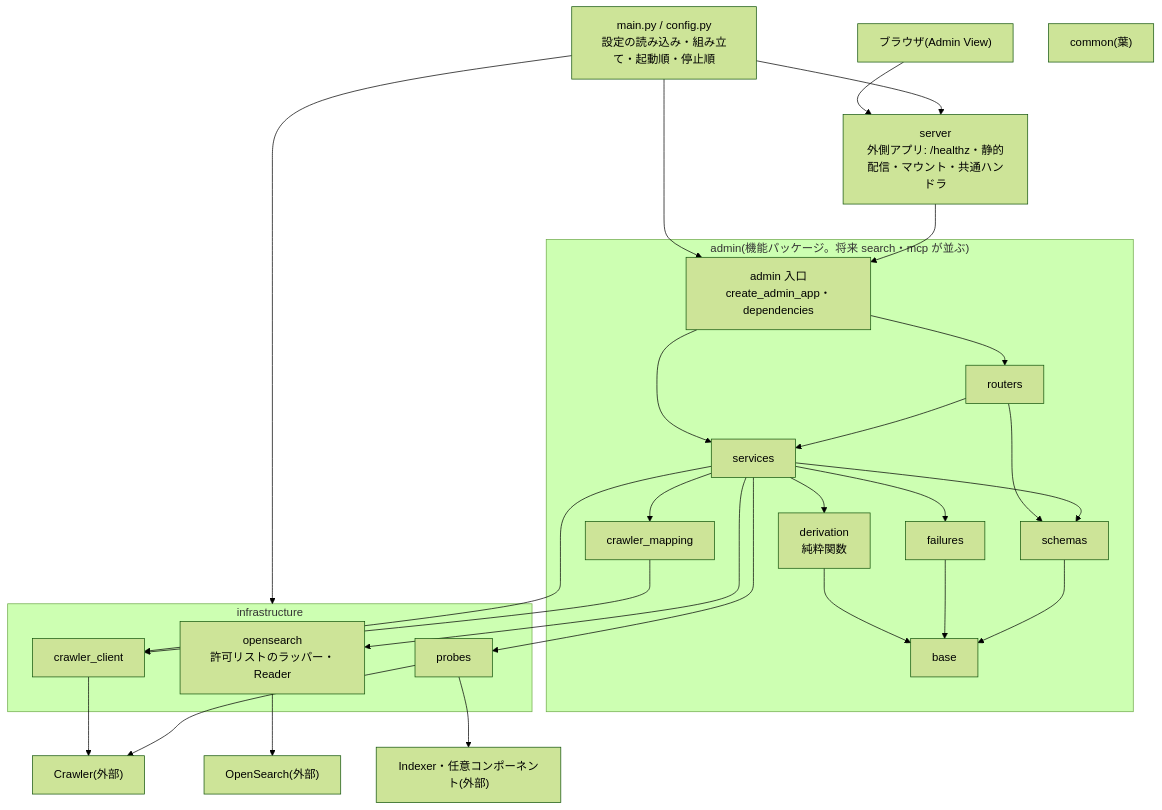
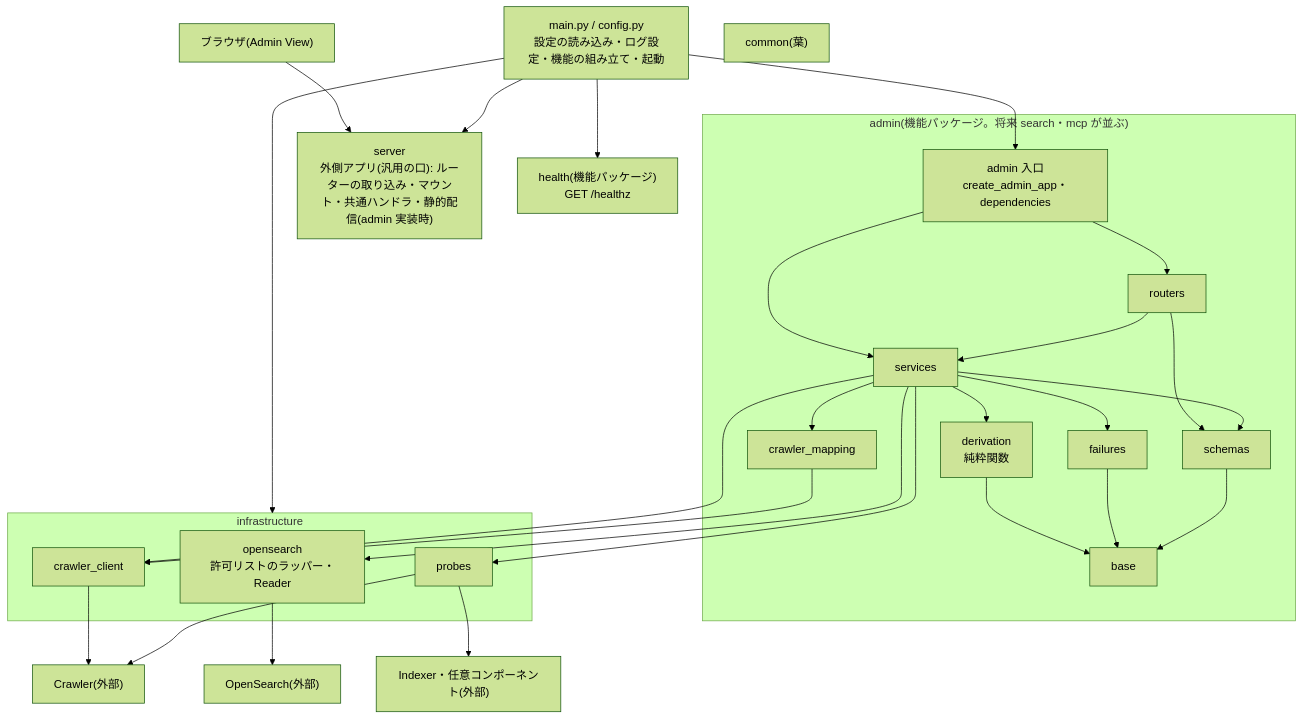
Before and after one commit to yfujita/loreley: the first of 10 diagrams in docs/v0.x/system-design/api/admin/admin-api-module-structure-v0.1.md, drawn with Mermaid (forest theme). The commit also changed other lines of this file and 12 other files, not shown here.

````diff
--- a/docs/v0.x/system-design/api/admin/admin-api-module-structure-v0.1.md
+++ b/docs/v0.x/system-design/api/admin/admin-api-module-structure-v0.1.md
@@ -63,54 +66,55 @@
 ```mermaid
 graph TD
     Browser["ブラウザ(Admin View)"]
     OS["OpenSearch(外部)"]
     Crawler["Crawler(外部)"]
     Indexer["Indexer・任意コンポーネント(外部)"]
 
-    main["main.py / config.py<br>設定の読み込み・組み立て・起動順・停止順"]
-    server["server<br>外側アプリ: /healthz・静的配信・マウント・共通ハンドラ"]
+    main["main.py / config.py<br>設定の読み込み・ログ設定・機能の組み立て・起動"]
+    server["server<br>外側アプリ(汎用の口): ルーターの取り込み・マウント・共通ハンドラ・静的配信(admin 実装時)"]
+    health["health(機能パッケージ)<br>GET /healthz"]
 
     subgraph admin["admin(機能パッケージ。将来 search・mcp が並ぶ)"]
         adminEntry["admin 入口<br>create_admin_app・dependencies"]
         routers["routers"]
         services["services"]
         derivation["derivation<br>純粋関数"]
         cmap["crawler_mapping"]
         failures["failures"]
         schemas["schemas"]
         base["base"]
     end
 
     subgraph infra["infrastructure"]
         iopen["opensearch<br>許可リストのラッパー・Reader"]
         icrawler["crawler_client"]
         iprobe["probes"]
     end
 
     common["common(葉)"]
 
     Browser --> server
     main --> server
+    main --> health
     main --> adminEntry
     main --> infra
-    server --> adminEntry
     adminEntry --> routers
     adminEntry --> services
     routers --> services
     routers --> schemas
     services --> derivation
     services --> cmap
     services --> failures
     services --> schemas
     services --> iopen
     services --> icrawler
     services --> iprobe
     cmap --> icrawler
     derivation --> base
     failures --> base
     schemas --> base
     iopen --> OS
     icrawler --> Crawler
     iprobe --> Indexer
     iprobe --> Crawler
 ```
````
